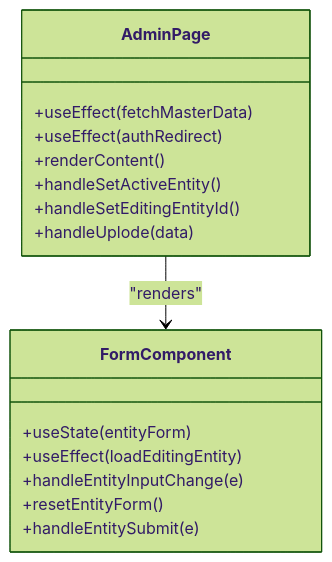
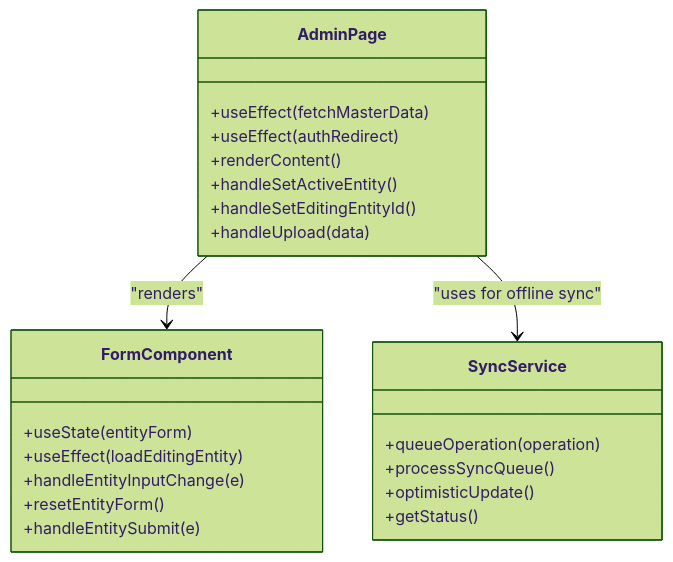
The ninth of 11 diagrams in .qoder/repowiki/en/content/Development Workflow.md (Aryan9060/Timetable-Project), drawn with Mermaid (forest theme) before and after one commit. The commit also changed other lines of this file and 7 other files, not shown here.

````diff
--- a/.qoder/repowiki/en/content/Development Workflow.md
+++ b/.qoder/repowiki/en/content/Development Workflow.md
@@ -315,19 +369,26 @@
 ```mermaid
 classDiagram
 class AdminPage {
 +useEffect(fetchMasterData)
 +useEffect(authRedirect)
 +renderContent()
 +handleSetActiveEntity()
 +handleSetEditingEntityId()
-+handleUplode(data)
++handleUpload(data)
 }
 class FormComponent {
 +useState(entityForm)
 +useEffect(loadEditingEntity)
 +handleEntityInputChange(e)
 +resetEntityForm()
 +handleEntitySubmit(e)
 }
+class SyncService {
++queueOperation(operation)
++processSyncQueue()
++optimisticUpdate()
++getStatus()
+}
 AdminPage --> FormComponent : "renders"
+AdminPage --> SyncService : "uses for offline sync"
 ```
````
